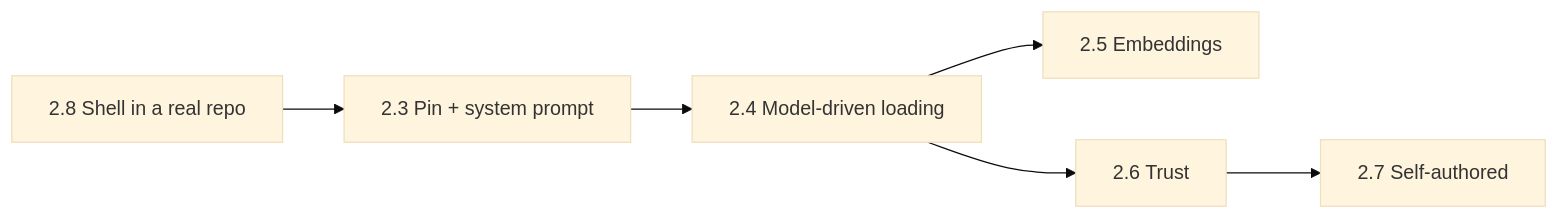
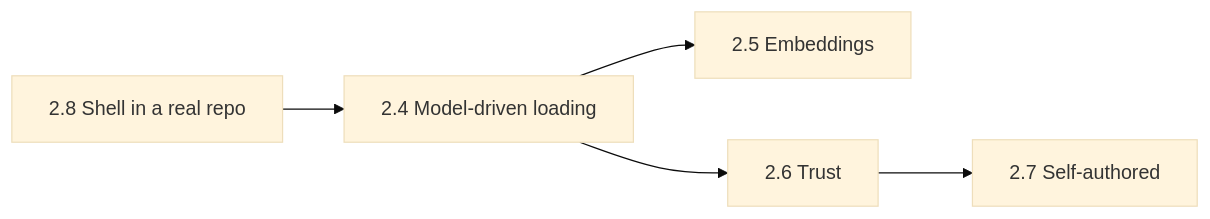
The third of 5 diagrams in docs/plan.md (MilanPavel/golem), drawn with Mermaid (base theme) before and after one commit. The commit also changed other lines of this file and 6 other files, not shown here.

````diff
--- a/docs/plan.md
+++ b/docs/plan.md
@@ -215,6 +214,6 @@
 ```mermaid
 flowchart LR
-  s8[2.8 Shell in a real repo] --> s3[2.3 Pin + system prompt] --> s4[2.4 Model-driven loading]
+  s8[2.8 Shell in a real repo] --> s4[2.4 Model-driven loading]
   s4 --> s5[2.5 Embeddings]
   s4 --> s6[2.6 Trust] --> s7[2.7 Self-authored]
 ```
````
